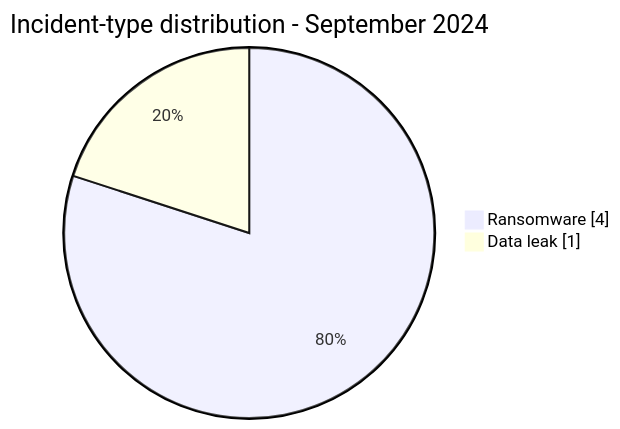
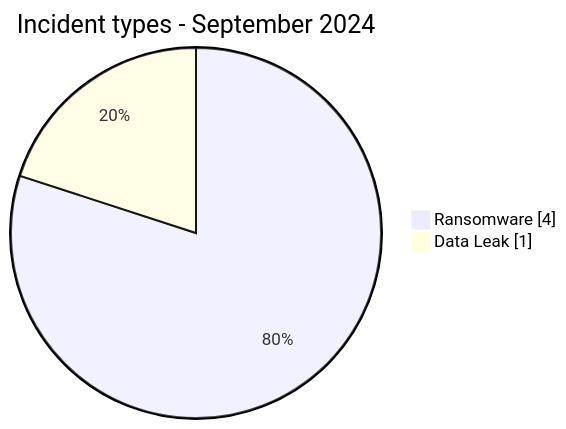
One commit to Hatchepsoute/AFRINTEL changed the first of 3 diagrams in CyberAttackAfrica/2024/09-september/README.md. Above: the diagram before and after it, drawn with Mermaid. The commit also changed other lines of this file and 60 other files, not shown here.

````diff
--- a/CyberAttackAfrica/2024/09-september/README.md
+++ b/CyberAttackAfrica/2024/09-september/README.md
@@ -52,6 +56,6 @@
 ```mermaid
 pie showData
-    title Incident-type distribution - September 2024
+    title Incident types - September 2024
     "Ransomware" : 4
-    "Data leak" : 1
+    "Data Leak" : 1
 ```
````
